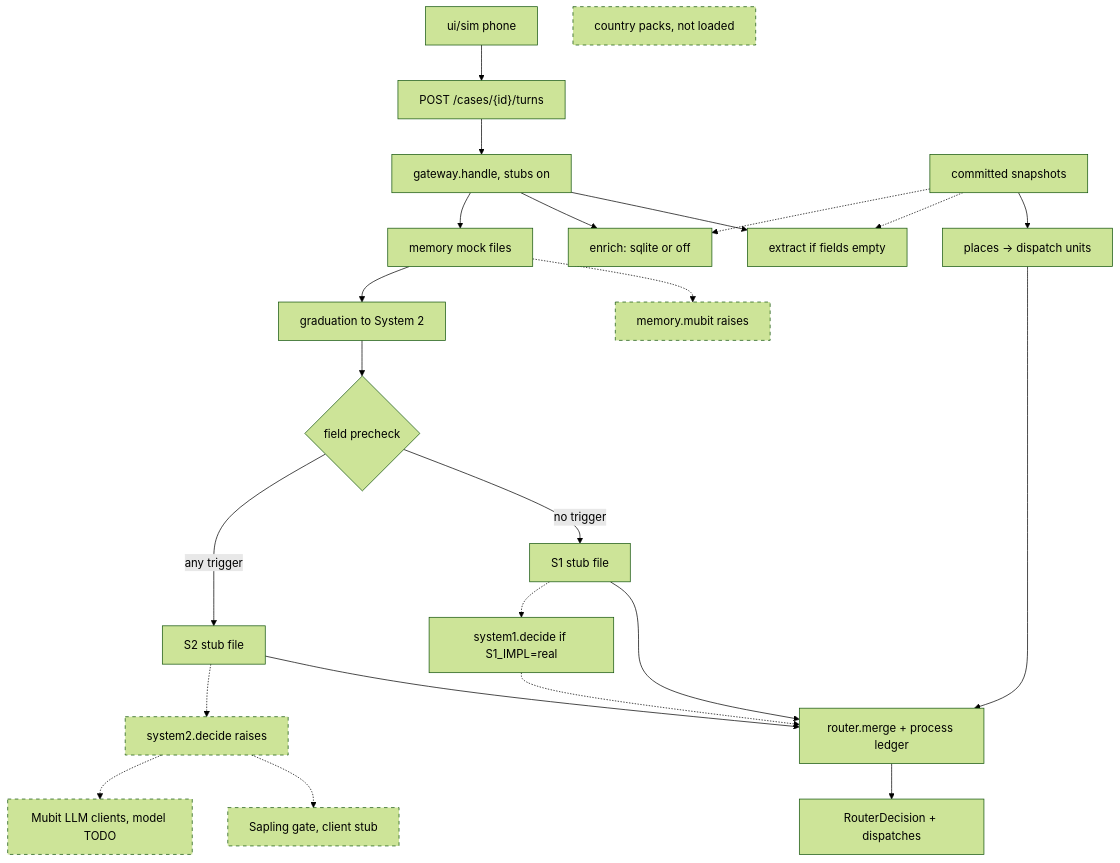
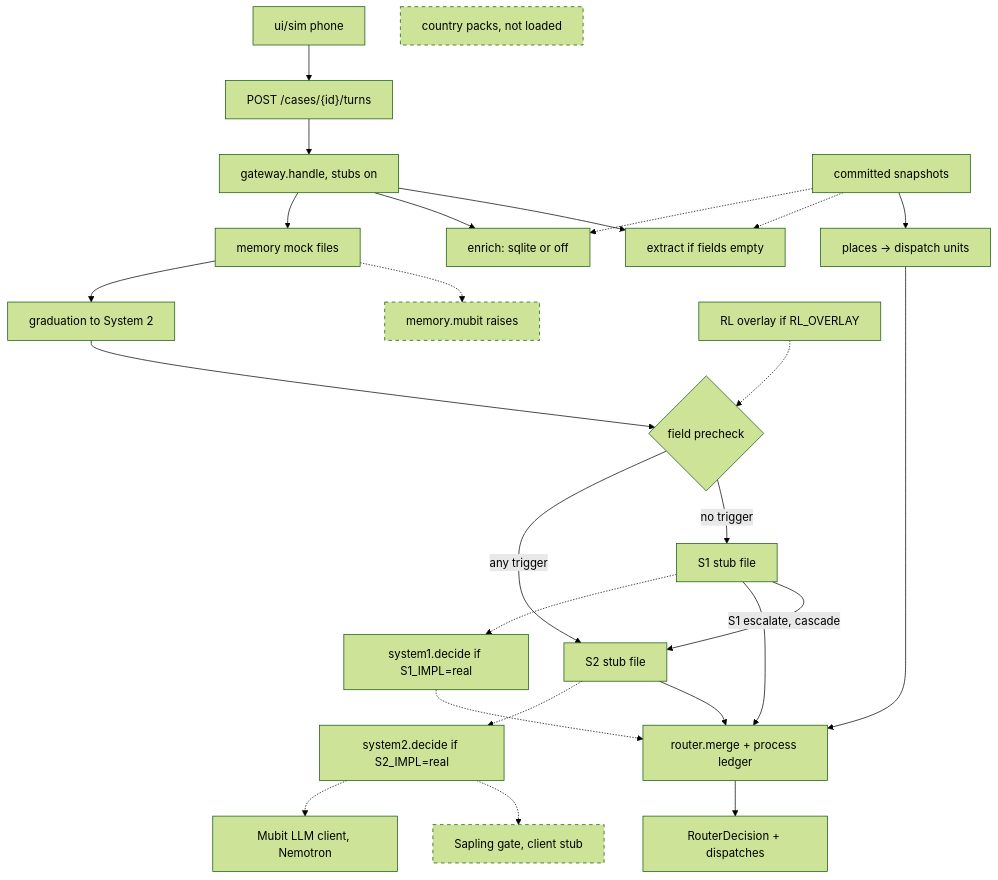
Before and after one commit to melaniepreen/Baan-Safe: the first of 2 diagrams in BaanSafe_Revised_Architecture.md, drawn with Mermaid (forest theme). The commit also changed other lines of this file and 50 other files, not shown here.

First line of the commit message:
Add the cascade, live Nemotron System 2, and the RL loop beside human-correction escalation.

````diff
--- a/BaanSafe_Revised_Architecture.md
+++ b/BaanSafe_Revised_Architecture.md
@@ -20,27 +20,29 @@
 ```mermaid
 flowchart TD
   classDef unwired stroke-dasharray: 5 5
   phone["ui/sim phone"] --> turns["POST /cases/{id}/turns"]
   turns --> gw["gateway.handle, stubs on"]
   gw --> extract["extract if fields empty"]
   gw --> enrich["enrich: sqlite or off"]
   gw --> mem["memory mock files"]
   mem -.-> mm["memory.mubit raises"]:::unwired
   mem --> grad["graduation to System 2"]
   grad --> pick{"field precheck"}
   pick -->|no trigger| s1["S1 stub file"]
   pick -->|any trigger| s2["S2 stub file"]
+  s1 -->|"S1 escalate, cascade"| s2
+  ov["RL overlay if RL_OVERLAY"] -.-> pick
   s1 --> merge["router.merge + process ledger"]
   s2 --> merge
   snap["committed snapshots"] --> places["places → dispatch units"]
   places --> merge
   snap -.-> extract
   snap -.-> enrich
   merge --> out["RouterDecision + dispatches"]
   s1 -.-> rules["system1.decide if S1_IMPL=real"]
   rules -.-> merge
-  s2 -.-> s2d["system2.decide raises"]:::unwired
+  s2 -.-> s2d["system2.decide if S2_IMPL=real"]
   s2d -.-> sap["Sapling gate, client stub"]:::unwired
-  s2d -.-> llm["Mubit LLM clients, model TODO"]:::unwired
+  s2d -.-> llm["Mubit LLM client, Nemotron"]
   packs["country packs, not loaded"]:::unwired
 ```
````
